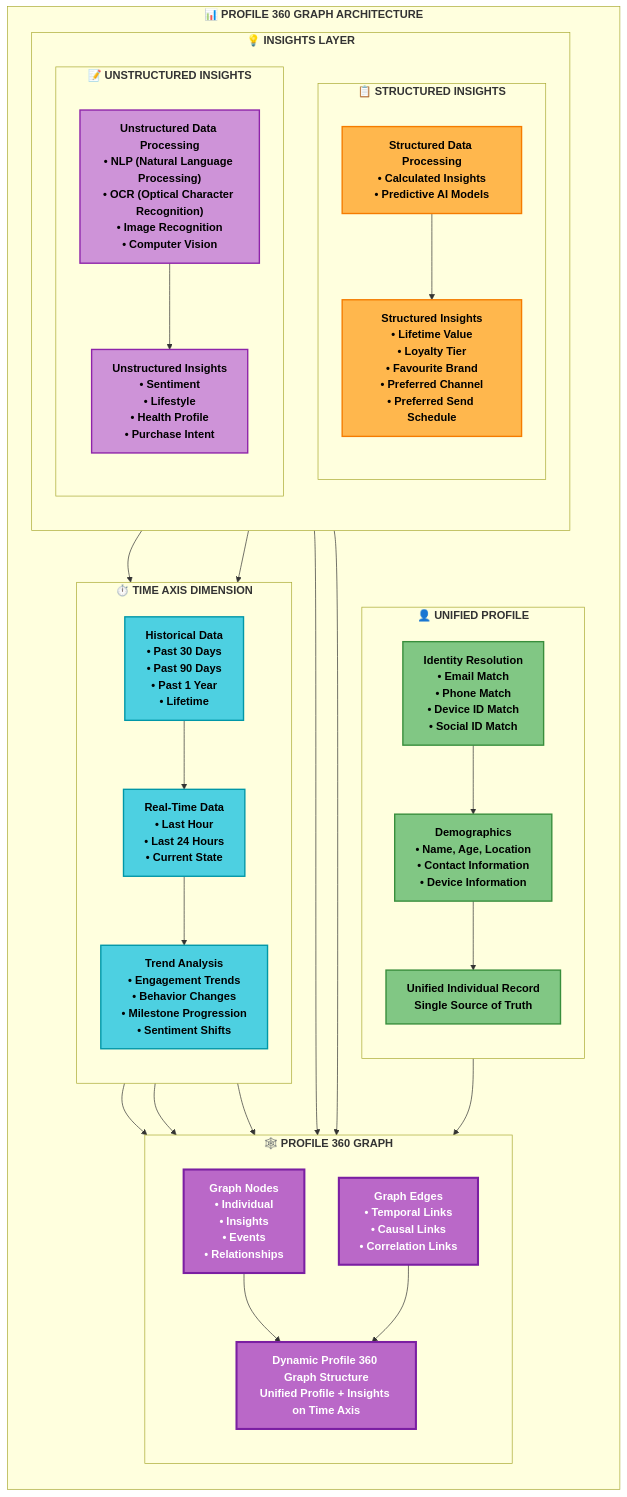
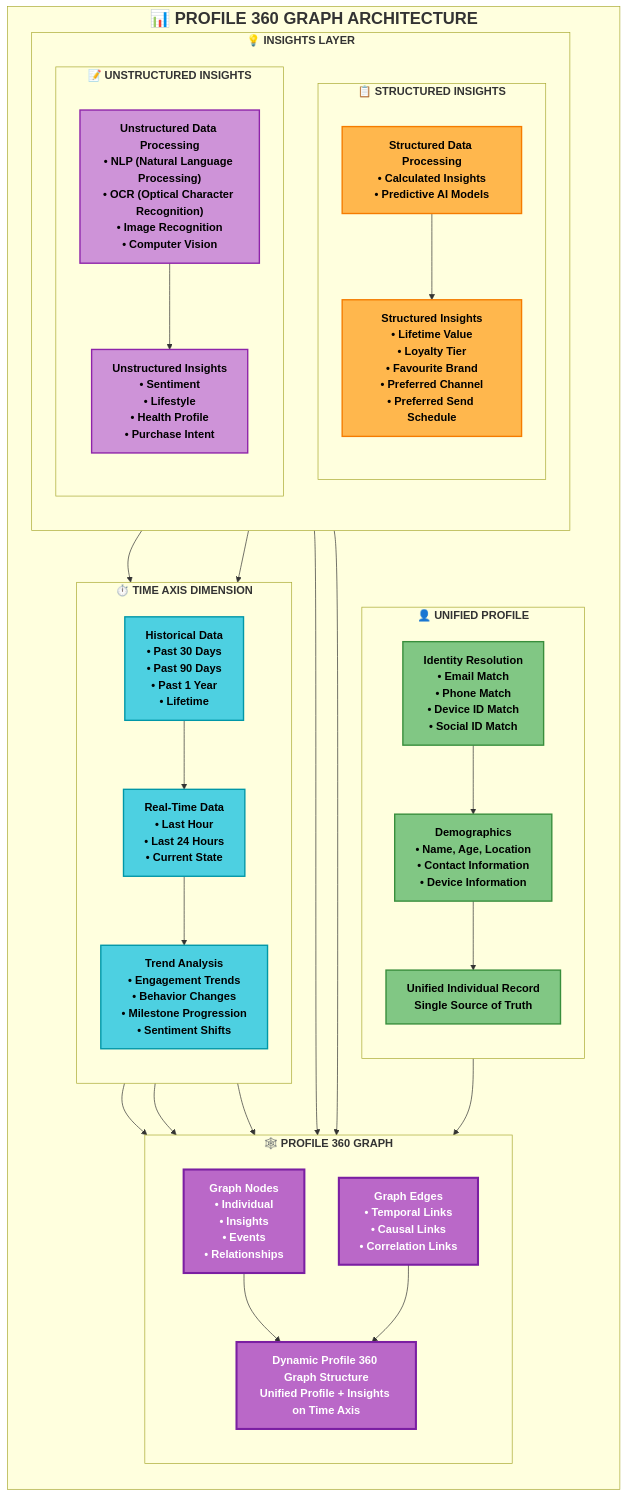
The second of 2 diagrams in ARCHITECTURE_FLOWCHART.md (biswarupbsf/datacloud-personalization-app), drawn with Mermaid before and after one commit.

Commit message:
Increase font size of Profile 360 Graph Architecture outermost box to match Complete System Architecture

```diff
--- a/ARCHITECTURE_FLOWCHART.md
+++ b/ARCHITECTURE_FLOWCHART.md
@@ -222,7 +222,7 @@
     %% ============================================
     %% PROFILE 360 GRAPH COMPONENTS
     %% ============================================
-    subgraph Profile360["<b>📊 PROFILE 360 GRAPH ARCHITECTURE</b>"]
+    subgraph Profile360["<b><font size='+2'>📊 PROFILE 360 GRAPH ARCHITECTURE</font></b>"]
         direction TB
         
         subgraph Unified["<b>👤 UNIFIED PROFILE</b>"]
```
